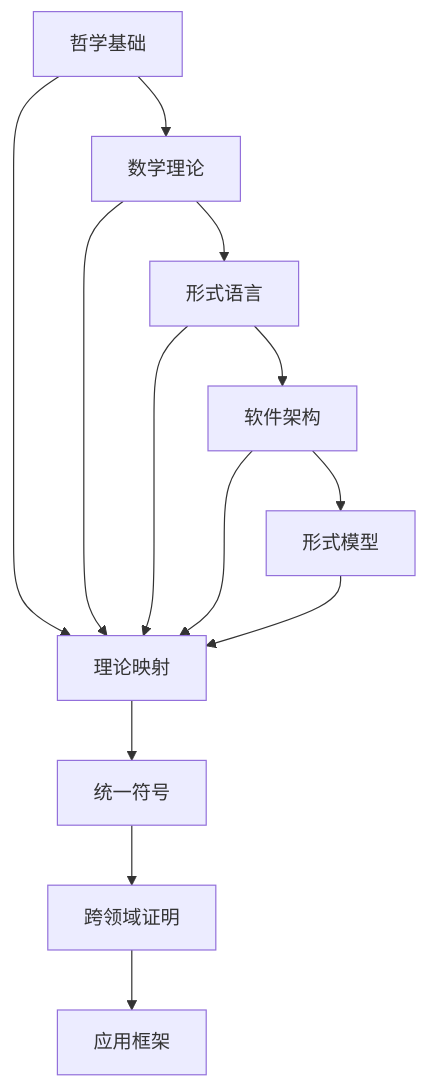
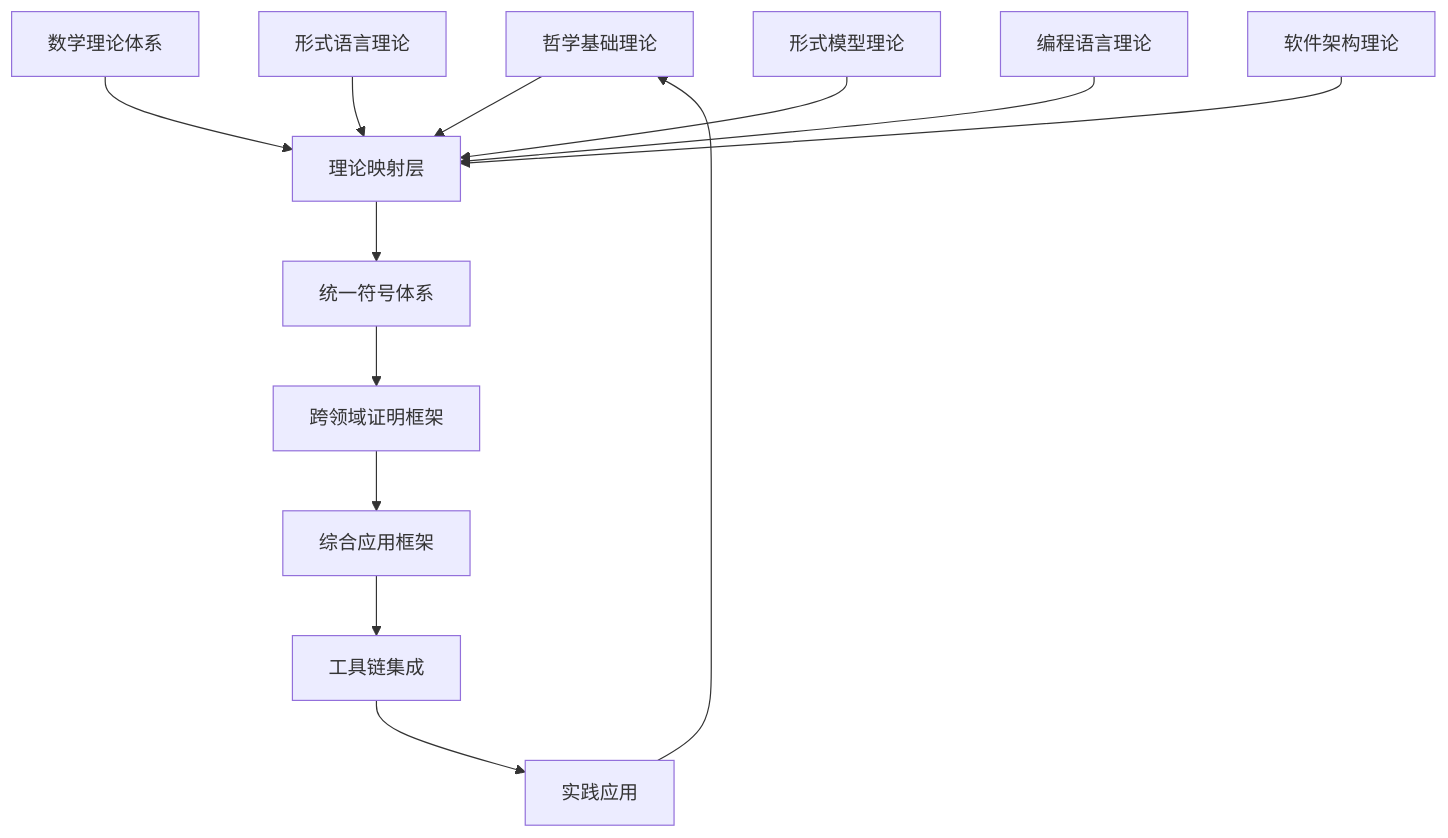
Before and after one commit to AdaMartin18010/formal-architecture: the diagram in Analysis/07-理论统一与整合/00-理论统一与整合总论.md, drawn with Mermaid. The commit also changed other lines of this file and 26 other files, not shown here.

````diff
--- a/Analysis/07-理论统一与整合/00-理论统一与整合总论.md
+++ b/Analysis/07-理论统一与整合/00-理论统一与整合总论.md
@@ -96,17 +82,17 @@
 ```mermaid
-graph TB
-    A[哲学基础] --> B[数学理论]
-    B --> C[形式语言]
-    C --> D[软件架构]
-    D --> E[形式模型]
+graph TD
+    A[哲学基础理论] --> D[理论映射层]
+    B[数学理论体系] --> D
+    C[形式语言理论] --> D
+    E[形式模型理论] --> D
+    F[编程语言理论] --> D
+    G[软件架构理论] --> D
     
-    F[理论映射] --> G[统一符号]
-    G --> H[跨领域证明]
-    H --> I[应用框架]
+    D --> H[统一符号体系]
+    H --> I[跨领域证明框架]
+    I --> J[综合应用框架]
     
-    A --> F
-    B --> F
-    C --> F
-    D --> F
-    E --> F
+    J --> K[工具链集成]
+    K --> L[实践应用]
+    L --> A
 ```
````
